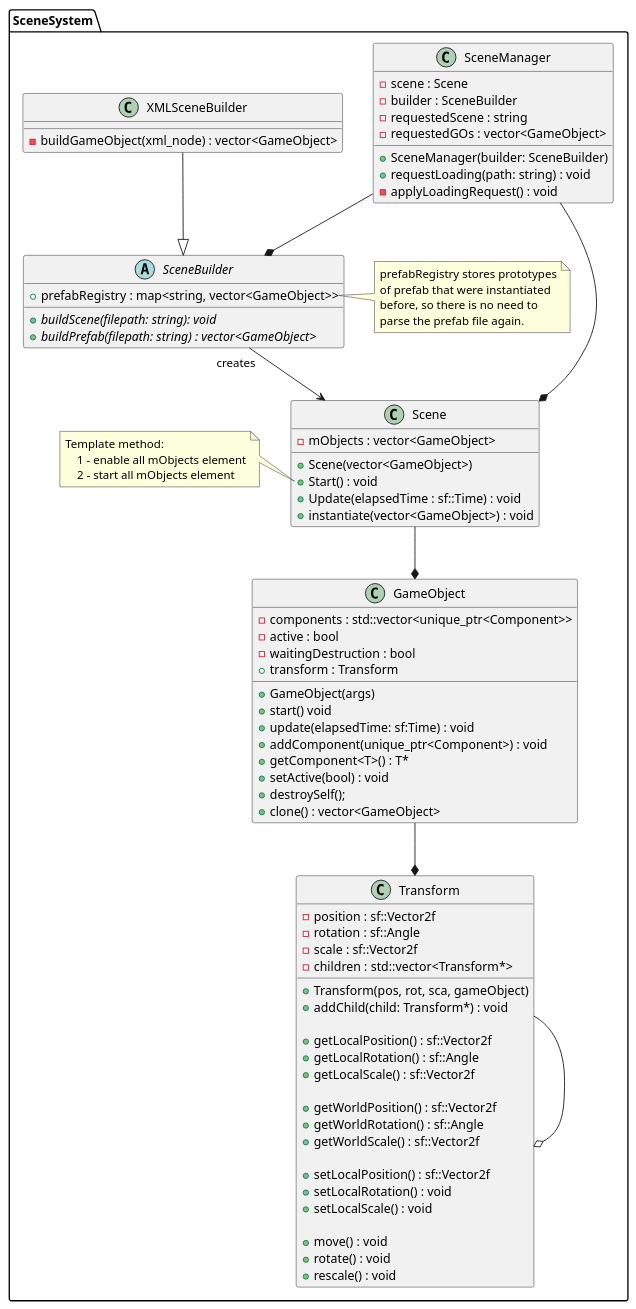
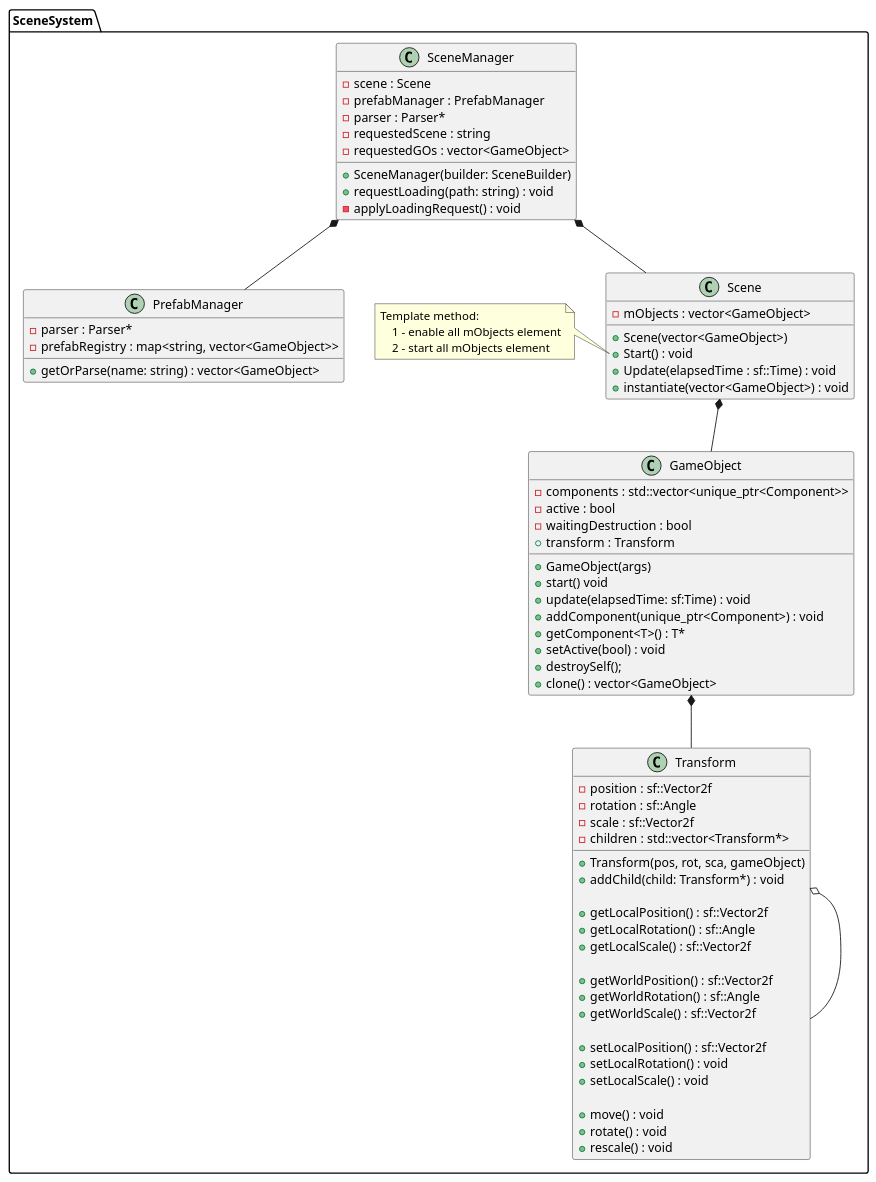
Before and after one commit to AntoFruch/PatternFactory: the diagram in doc/uml/sceneSystem.puml, drawn with PlantUML. The commit also changed 6 other files, not shown here.

Commit message:
update engine with new parser logic, update class diagrams and documentation for that

```diff
--- a/doc/uml/sceneSystem.puml
+++ b/doc/uml/sceneSystem.puml
@@ -1,102 +1,89 @@
 @startuml sceneSystem
 
 namespace SceneSystem {
 
     class Scene{
         - mObjects : vector<GameObject>
 
         + Scene(vector<GameObject>)
         + Start() : void
         + Update(elapsedTime : sf::Time) : void
         + instantiate(vector<GameObject>) : void
     }
 
     class SceneManager {
         - scene : Scene
-        - builder : SceneBuilder
+        - prefabManager : PrefabManager
+        - parser : Parser*
         - requestedScene : string
         - requestedGOs : vector<GameObject>
 
         + SceneManager(builder: SceneBuilder)
         + requestLoading(path: string) : void
         - applyLoadingRequest() : void
     }
 
     note left of Scene::Start
         Template method:
             1 - enable all mObjects element
             2 - start all mObjects element
     endnote
-
-    abstract class SceneBuilder{
-        + prefabRegistry : map<string, vector<GameObject>>
-
-        + {abstract} buildScene(filepath: string): void
-        + {abstract} buildPrefab(filepath: string) : vector<GameObject>
-    }
-    note right of SceneBuilder::prefabRegistry
-        prefabRegistry stores prototypes
-        of prefab that were instantiated
-        before, so there is no need to
-        parse the prefab file again.
-    endnote
-
-    class XMLSceneBuilder{
-        - buildGameObject(xml_node) : vector<GameObject>
-    }
-
-    XMLSceneBuilder --|> SceneBuilder
 
     class GameObject{
         - components : std::vector<unique_ptr<Component>>
         - active : bool
         - waitingDestruction : bool
         + transform : Transform
 
         + GameObject(args)
         + start() void
         + update(elapsedTime: sf:Time) : void
         + addComponent(unique_ptr<Component>) : void
         + getComponent<T>() : T*
         + setActive(bool) : void
         + destroySelf();
         + clone() : vector<GameObject>
     }
 
     class Transform {
         - position : sf::Vector2f
         - rotation : sf::Angle
         - scale : sf::Vector2f
         - children : std::vector<Transform*>
 
         + Transform(pos, rot, sca, gameObject)
         + addChild(child: Transform*) : void
 
         + getLocalPosition() : sf::Vector2f
         + getLocalRotation() : sf::Angle
         + getLocalScale() : sf::Vector2f
 
         + getWorldPosition() : sf::Vector2f
         + getWorldRotation() : sf::Angle
         + getWorldScale() : sf::Vector2f
 
         + setLocalPosition() : sf::Vector2f
         + setLocalRotation() : void
         + setLocalScale() : void
 
         + move() : void
         + rotate() : void
         + rescale() : void
     }
 
-    SceneBuilder "creates" --> Scene
-    SceneManager --* Scene
-    SceneManager --* SceneBuilder
+    class PrefabManager {
+        - parser : Parser*
+        - prefabRegistry : map<string, vector<GameObject>>
+        + getOrParse(name: string) : vector<GameObject>
+    }
 
-    GameObject --* Transform
-    Transform --o Transform
+    SceneManager *-- Scene
+    SceneManager *-- PrefabManager
 
-    Scene --* GameObject
+    GameObject *-- Transform
+    Transform o-- Transform
+
+    Scene *-- GameObject
 }
 
 @enduml
```
